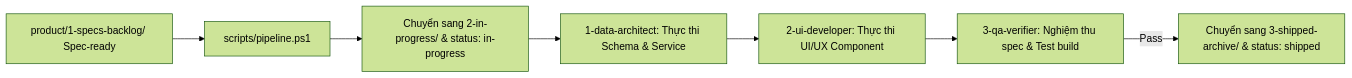
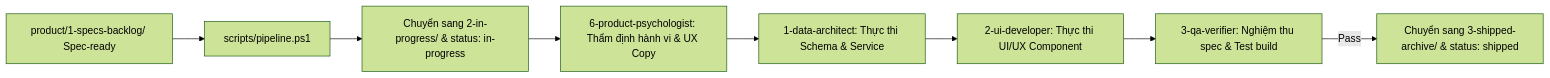
One commit to cudinh6941/AI-Hub-docs changed the fourth of 4 diagrams in .agents/rules.md. Above: the diagram before and after it, drawn with Mermaid (forest theme). The commit also changed other lines of this file and 7 other files, not shown here.

````diff
--- a/.agents/rules.md
+++ b/.agents/rules.md
@@ -86,9 +89,10 @@
 ```mermaid
 graph LR
     Spec[product/1-specs-backlog/ Spec-ready] --> Pipeline[scripts/pipeline.ps1]
     Pipeline --> InProg[Chuyển sang 2-in-progress/ & status: in-progress]
-    InProg --> S1[1-data-architect: Thực thi Schema & Service]
+    InProg --> S0[6-product-psychologist: Thẩm định hành vi & UX Copy]
+    S0 --> S1[1-data-architect: Thực thi Schema & Service]
     S1 --> S2[2-ui-developer: Thực thi UI/UX Component]
     S2 --> S3[3-qa-verifier: Nghiệm thu spec & Test build]
     S3 -->|Pass| Ship[Chuyển sang 3-shipped-archive/ & status: shipped]
 ```
````
